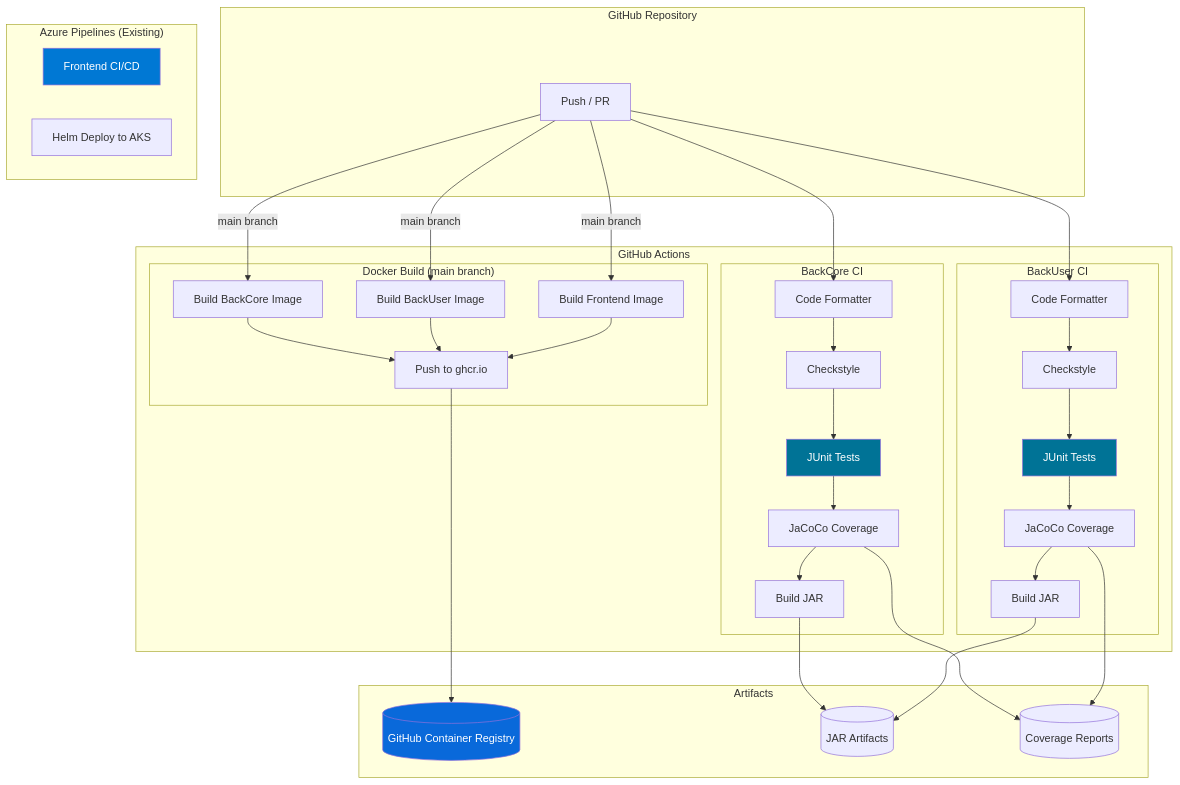
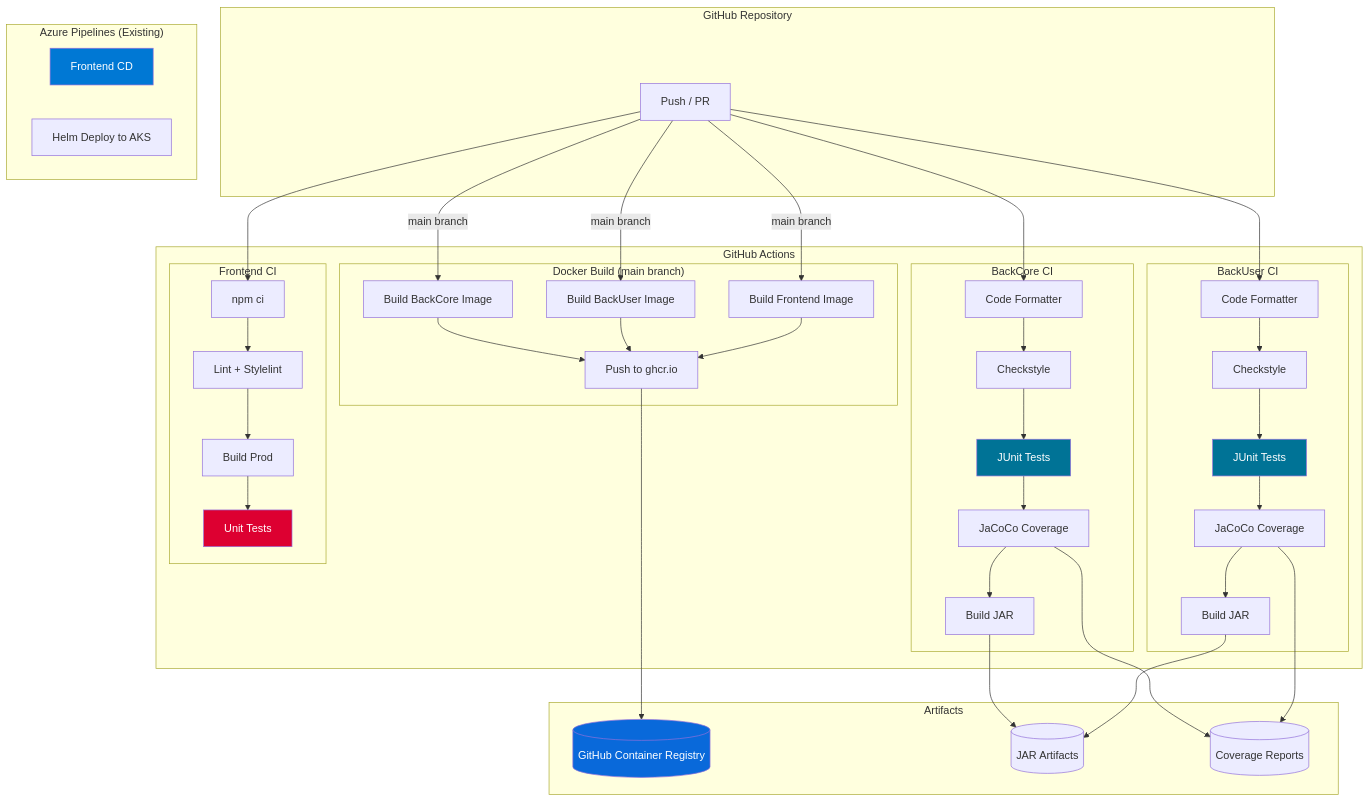
One commit to 1g0s/greencity-infra changed the diagram in tasks/task-04-cicd.md. Above: the diagram before and after it, drawn with Mermaid. The commit also changed other lines of this file and 1 other file, not shown here.

````diff
--- a/tasks/task-04-cicd.md
+++ b/tasks/task-04-cicd.md
@@ -45,6 +45,13 @@
             BU_JAR[Build JAR]
         end
 
+        subgraph "Frontend CI"
+            FE_INST[npm ci]
+            FE_LINT[Lint + Stylelint]
+            FE_BUILD[Build Prod]
+            FE_TEST[Unit Tests]
+        end
+
         subgraph "Docker Build (main branch)"
             D_BC[Build BackCore Image]
             D_BU[Build BackUser Image]
@@ -54,7 +61,7 @@
     end
 
     subgraph "Azure Pipelines (Existing)"
-        AZ_FE[Frontend CI/CD]
+        AZ_FE[Frontend CD]
         AZ_HELM[Helm Deploy to AKS]
     end
 
@@ -66,6 +73,7 @@
 
     PUSH --> BC_FMT
     PUSH --> BU_FMT
+    PUSH --> FE_INST
     BC_FMT --> BC_CHK
     BC_CHK --> BC_TEST
     BC_TEST --> BC_COV
@@ -74,6 +82,9 @@
     BU_CHK --> BU_TEST
     BU_TEST --> BU_COV
     BU_COV --> BU_JAR
+    FE_INST --> FE_LINT
+    FE_LINT --> FE_BUILD
+    FE_BUILD --> FE_TEST
 
     PUSH -->|main branch| D_BC
     PUSH -->|main branch| D_BU
@@ -91,5 +102,6 @@
     style GHCR fill:#0969da,color:#fff
     style BC_TEST fill:#007396,color:#fff
     style BU_TEST fill:#007396,color:#fff
+    style FE_TEST fill:#dd0031,color:#fff
     style AZ_FE fill:#0078d4,color:#fff
 ```
````
